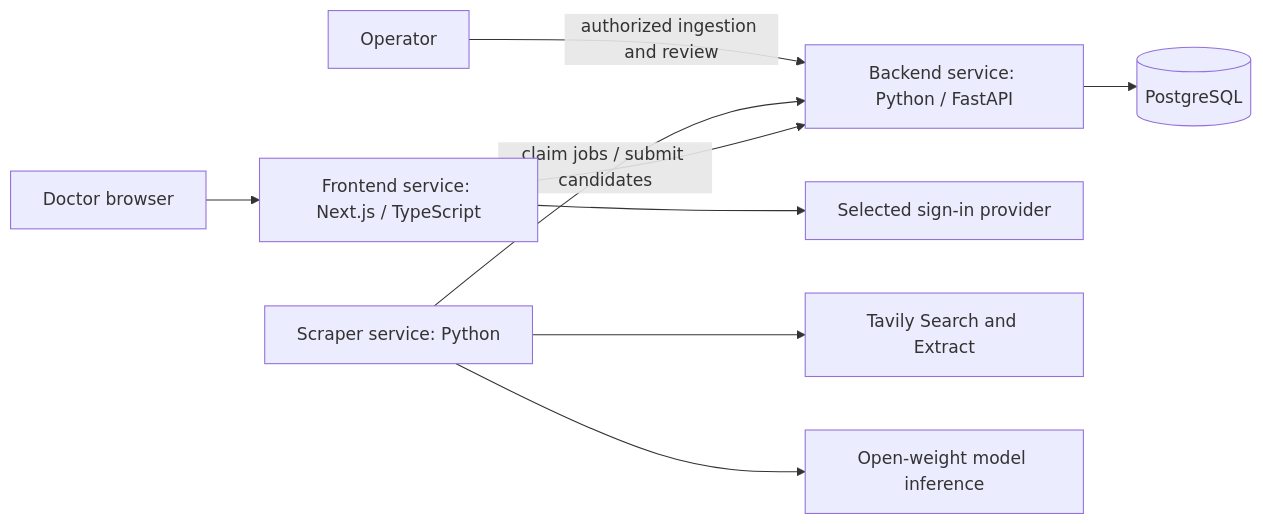
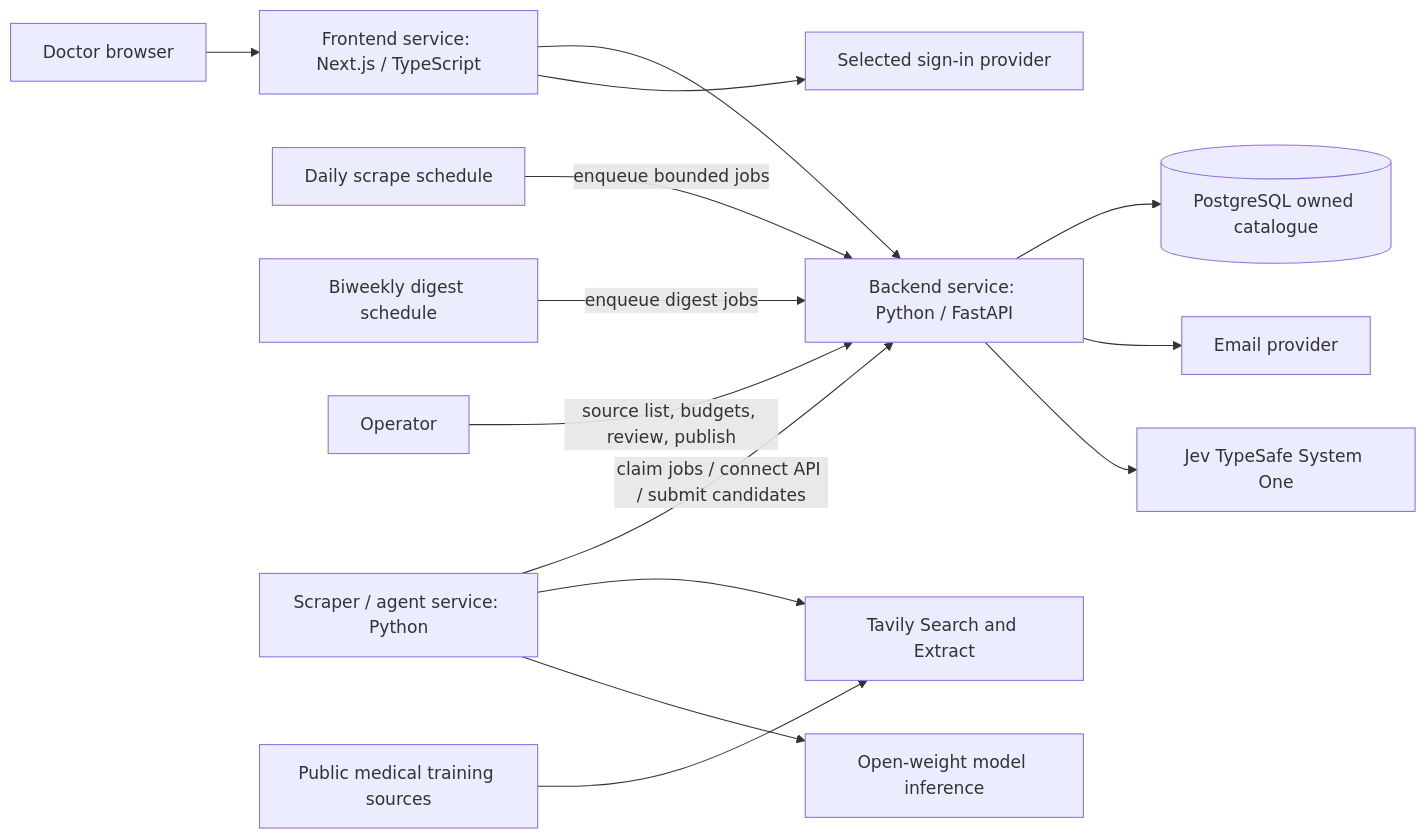
Before and after one commit to dman1313/CareCredits: the diagram in docs/SDD.md, drawn with Mermaid. The commit also changed other lines of this file and 34 other files, not shown here.

Commit message:
Ship the SDD working path: register, owned-catalogue search, daily scrape, and TypeSafe Jev decide.

````diff
--- a/docs/SDD.md
+++ b/docs/SDD.md
@@ -84,11 +106,16 @@
 ```mermaid
 flowchart LR
   Doctor[Doctor browser] --> Frontend[Frontend service: Next.js / TypeScript]
   Frontend --> Backend[Backend service: Python / FastAPI]
-  Backend --> DB[(PostgreSQL)]
+  Backend --> DB[(PostgreSQL owned catalogue)]
   Frontend --> Identity[Selected sign-in provider]
-  Scraper[Scraper service: Python] -->|claim jobs / submit candidates| Backend
+  Schedule[Daily scrape schedule] -->|enqueue bounded jobs| Backend
+  Digest[Biweekly digest schedule] -->|enqueue digest jobs| Backend
+  Backend --> Mail[Email provider]
+  Operator[Operator] -->|source list, budgets, review, publish| Backend
+  Scraper[Scraper / agent service: Python] -->|claim jobs / connect API / submit candidates| Backend
   Scraper --> Tavily[Tavily Search and Extract]
   Scraper --> Model[Open-weight model inference]
-  Operator[Operator] -->|authorized ingestion and review| Backend
+  Backend --> Jev[Jev TypeSafe System One]
+  MedicalSources[Public medical training sources] --> Tavily
 ```
````
